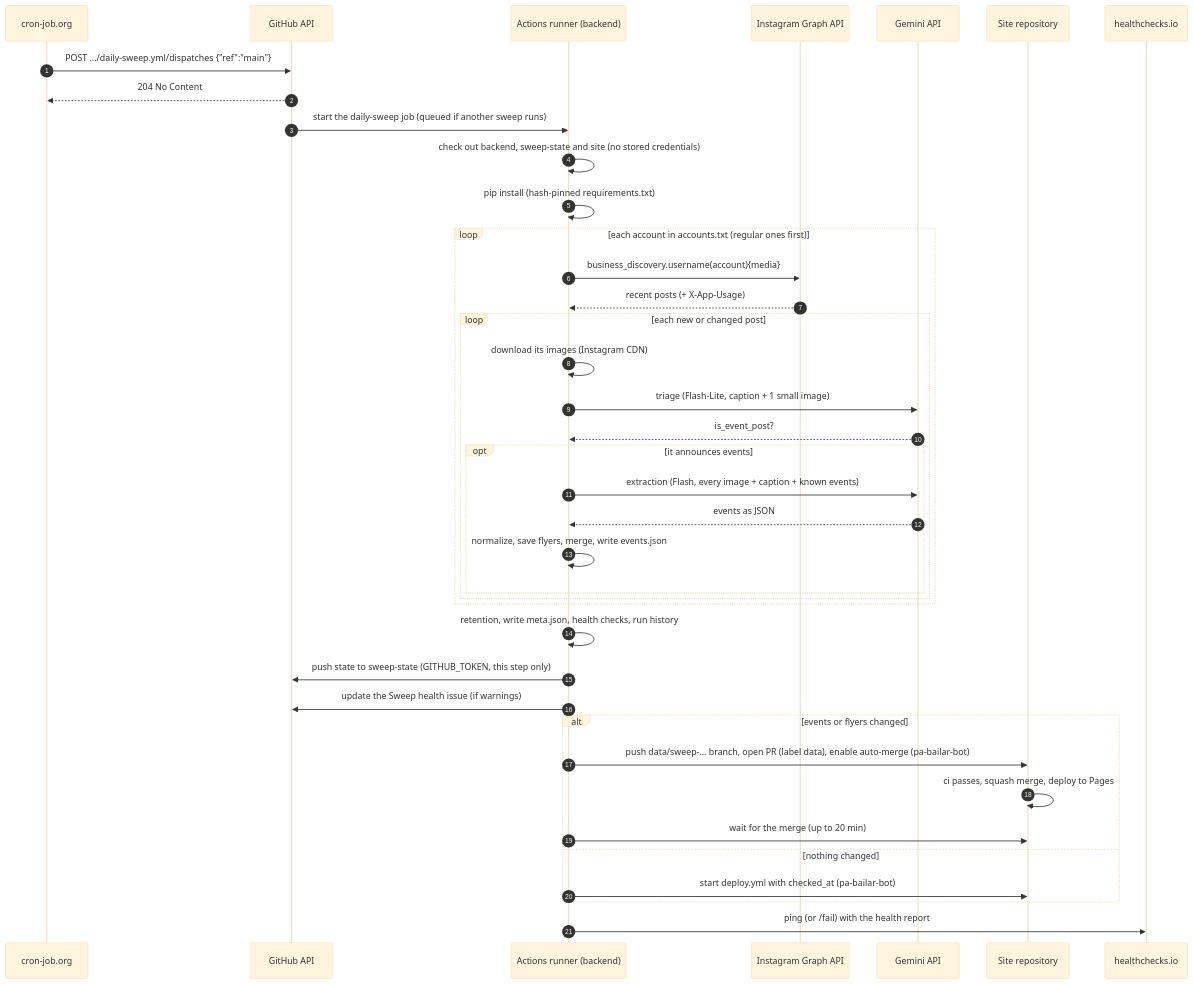
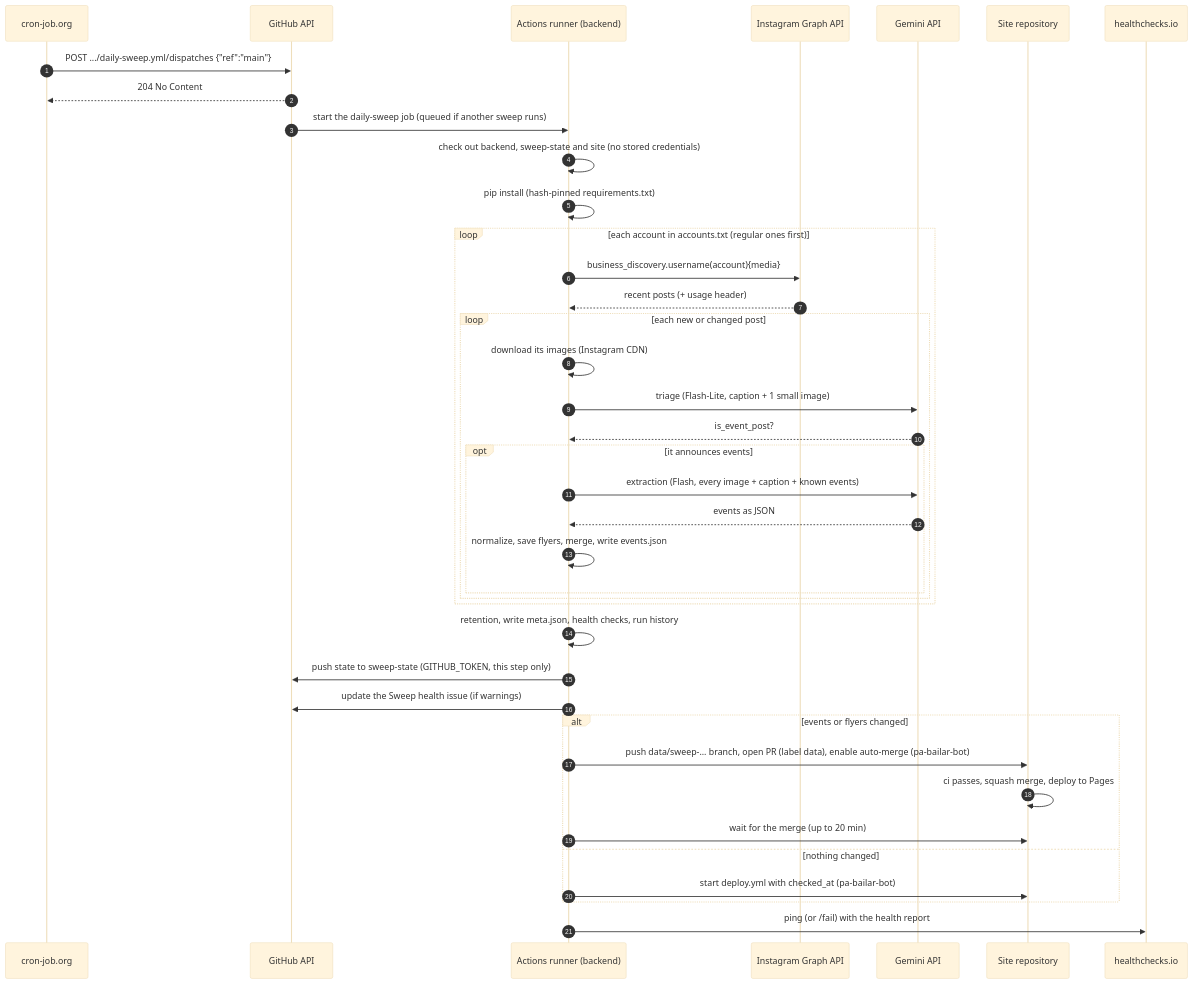
One commit to pa-bailar/backend changed the second of 12 diagrams in docs/ARCHITECTURE.md. Above: the diagram before and after it, drawn with Mermaid (base theme). The commit also changed other lines of this file and 1 other file, not shown here.

Commit message:
docs: Instagram's usage header, the stop at 90%, the rotation

````diff
--- a/docs/ARCHITECTURE.md
+++ b/docs/ARCHITECTURE.md
@@ -241,42 +241,42 @@
 ```mermaid
 sequenceDiagram
     autonumber
     participant CJ as cron-job.org
     participant GH as GitHub API
     participant R as Actions runner (backend)
     participant IG as Instagram Graph API
     participant G as Gemini API
     participant S as Site repository
     participant HC as healthchecks.io
 
     CJ->>GH: POST .../daily-sweep.yml/dispatches {"ref":"main"}
     GH-->>CJ: 204 No Content
     GH->>R: start the daily-sweep job (queued if another sweep runs)
     R->>R: check out backend, sweep-state and site (no stored credentials)
     R->>R: pip install (hash-pinned requirements.txt)
     loop each account in accounts.txt (regular ones first)
         R->>IG: business_discovery.username(account){media}
-        IG-->>R: recent posts (+ X-App-Usage)
+        IG-->>R: recent posts (+ usage header)
         loop each new or changed post
             R->>R: download its images (Instagram CDN)
             R->>G: triage (Flash-Lite, caption + 1 small image)
             G-->>R: is_event_post?
             opt it announces events
                 R->>G: extraction (Flash, every image + caption + known events)
                 G-->>R: events as JSON
                 R->>R: normalize, save flyers, merge, write events.json
             end
         end
     end
     R->>R: retention, write meta.json, health checks, run history
     R->>GH: push state to sweep-state (GITHUB_TOKEN, this step only)
     R->>GH: update the Sweep health issue (if warnings)
     alt events or flyers changed
         R->>S: push data/sweep-... branch, open PR (label data), enable auto-merge (pa-bailar-bot)
         S->>S: ci passes, squash merge, deploy to Pages
         R->>S: wait for the merge (up to 20 min)
     else nothing changed
         R->>S: start deploy.yml with checked_at (pa-bailar-bot)
     end
     R->>HC: ping (or /fail) with the health report
 ```
````
